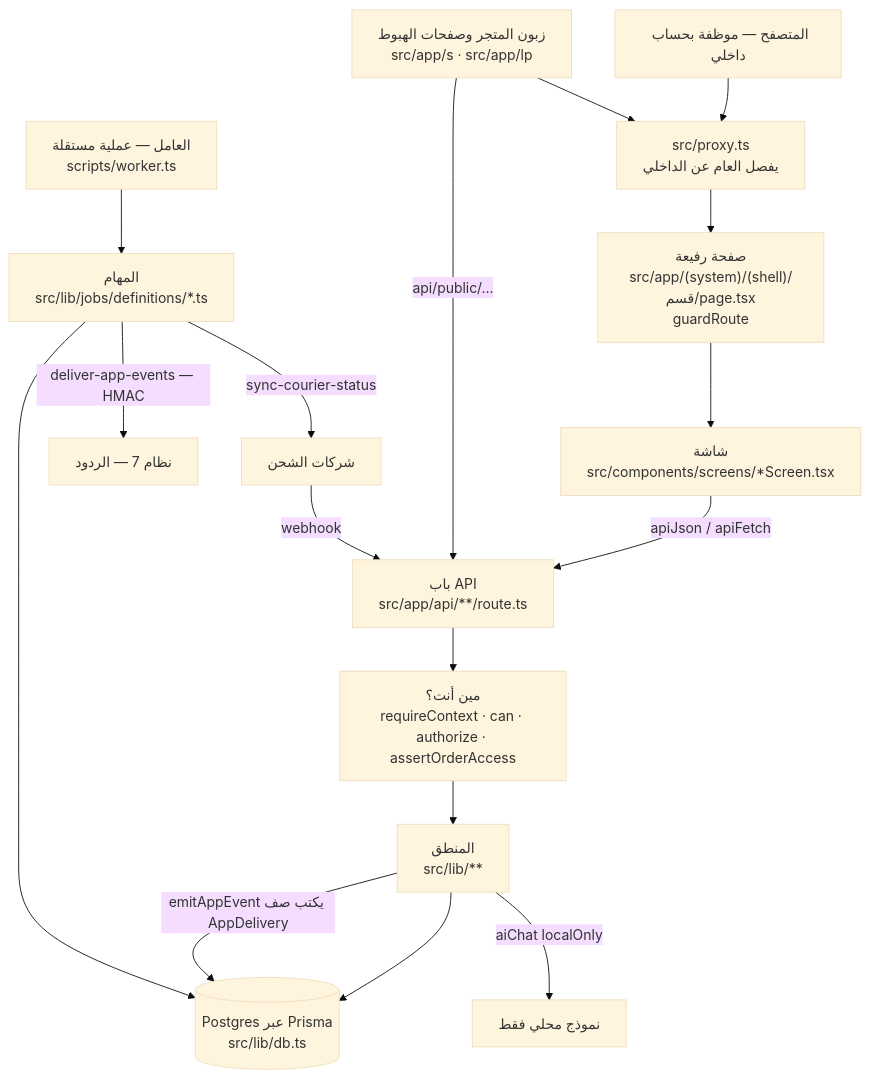
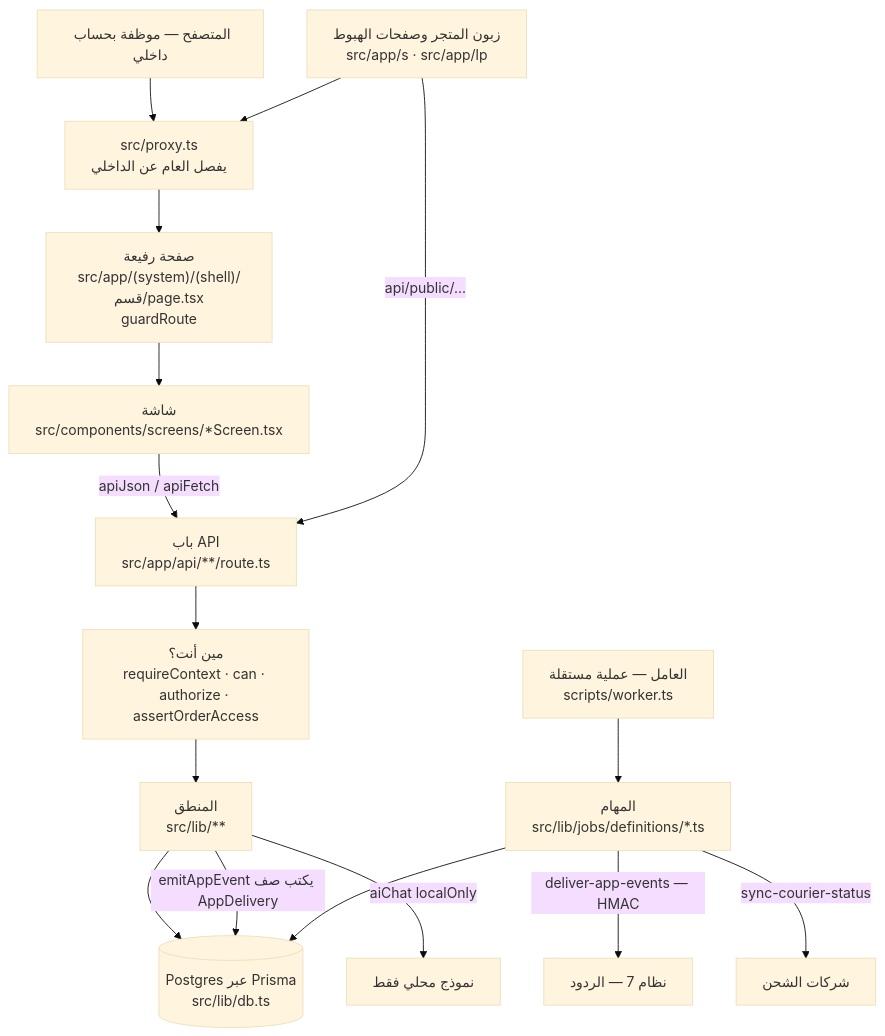
One commit to iahmed30004000-wq/zaki-ai-OSM changed the first of 6 diagrams in docs/onboarding/07-code-guide.md. Above: the diagram before and after it, drawn with Mermaid (base theme). The commit also changed other lines of this file and 5 other files, not shown here.

````diff
--- a/docs/onboarding/07-code-guide.md
+++ b/docs/onboarding/07-code-guide.md
@@ -24,19 +24,18 @@
 ```mermaid
 flowchart TB
   U["المتصفح — موظفة بحساب داخلي"] --> PX["src/proxy.ts<br/>يفصل العام عن الداخلي"]
   SH["زبون المتجر وصفحات الهبوط<br/>src/app/s · src/app/lp"] --> PX
   PX --> PG["صفحة رفيعة<br/>src/app/(system)/(shell)/قسم/page.tsx<br/>guardRoute"]
   PG --> SC["شاشة<br/>src/components/screens/*Screen.tsx"]
   SC -->|"apiJson / apiFetch"| RT["باب API<br/>src/app/api/**/route.ts"]
   SH -->|"api/public/..."| RT
   RT --> WHO["مين أنت؟<br/>requireContext · can · authorize · assertOrderAccess"]
   WHO --> LIB["المنطق<br/>src/lib/**"]
   LIB --> DB[("Postgres عبر Prisma<br/>src/lib/db.ts")]
   LIB -->|"emitAppEvent يكتب صف AppDelivery"| DB
   LIB -->|"aiChat localOnly"| AI["نموذج محلي فقط"]
   W["العامل — عملية مستقلة<br/>scripts/worker.ts"] --> JB["المهام<br/>src/lib/jobs/definitions/*.ts"]
   JB --> DB
   JB -->|"deliver-app-events — HMAC"| S7["نظام 7 — الردود"]
   JB -->|"sync-courier-status"| CO["شركات الشحن"]
-  CO -->|"webhook"| RT
 ```
````
